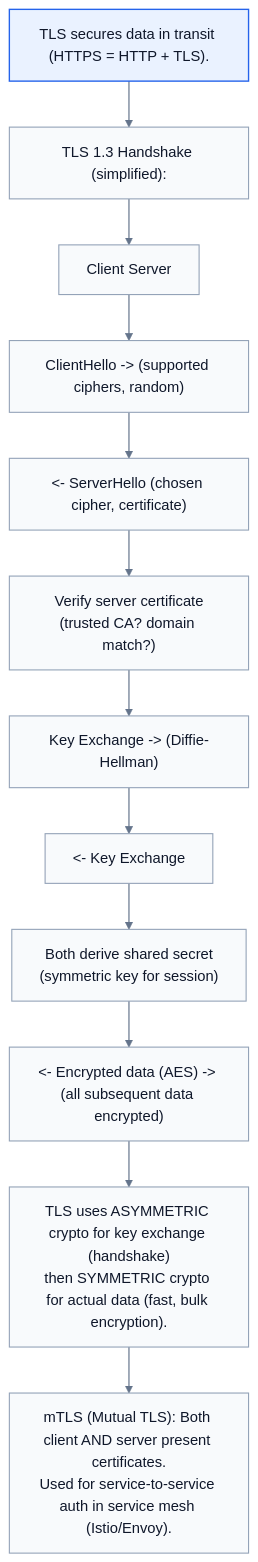
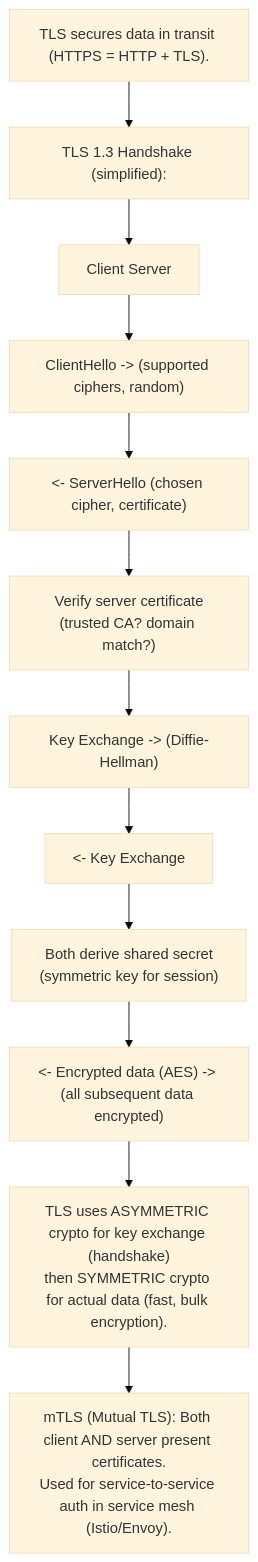
Before and after one commit to shivaram0583/system-design: the fourth of 8 diagrams in 01-fundamentals/42-encryption.md, drawn with Mermaid (base theme). The commit also changed other lines of this file and 64 other files, not shown here.

````diff
--- a/01-fundamentals/42-encryption.md
+++ b/01-fundamentals/42-encryption.md
@@ -114,41 +87,26 @@
 ```mermaid
 flowchart TB
-    classDef primary fill:#eaf2ff,stroke:#2563eb,stroke-width:1.5px,color:#0f172a;
-    classDef secondary fill:#f8fafc,stroke:#94a3b8,stroke-width:1.2px,color:#0f172a;
-    linkStyle default stroke:#64748b,stroke-width:1.3px;
     N0["TLS secures data in transit (HTTPS = HTTP + TLS)."]
-    class N0 primary
     N1["TLS 1.3 Handshake (simplified):"]
-    class N1 secondary
     N2["Client Server"]
-    class N2 secondary
     N3["ClientHello -&gt; (supported ciphers, random)"]
-    class N3 secondary
     N4["&lt;- ServerHello (chosen cipher, certificate)"]
-    class N4 secondary
     N5["Verify server certificate<br/>(trusted CA? domain match?)"]
-    class N5 secondary
     N6["Key Exchange -&gt; (Diffie-Hellman)"]
-    class N6 secondary
     N7["&lt;- Key Exchange"]
-    class N7 secondary
     N8["Both derive shared secret<br/>(symmetric key for session)"]
-    class N8 secondary
     N9["&lt;- Encrypted data (AES) -&gt; (all subsequent data encrypted)"]
-    class N9 secondary
     N10["TLS uses ASYMMETRIC crypto for key exchange (handshake)<br/>then SYMMETRIC crypto for actual data (fast, bulk encryption)."]
-    class N10 secondary
     N11["mTLS (Mutual TLS): Both client AND server present certificates.<br/>Used for service-to-service auth in service mesh (Istio/Envoy)."]
-    class N11 secondary
     N0 --> N1
     N1 --> N2
     N2 --> N3
     N3 --> N4
     N4 --> N5
     N5 --> N6
     N6 --> N7
     N7 --> N8
     N8 --> N9
     N9 --> N10
     N10 --> N11
 ```
````
